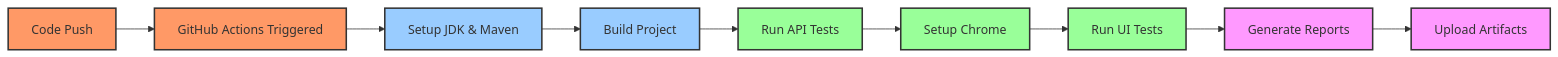
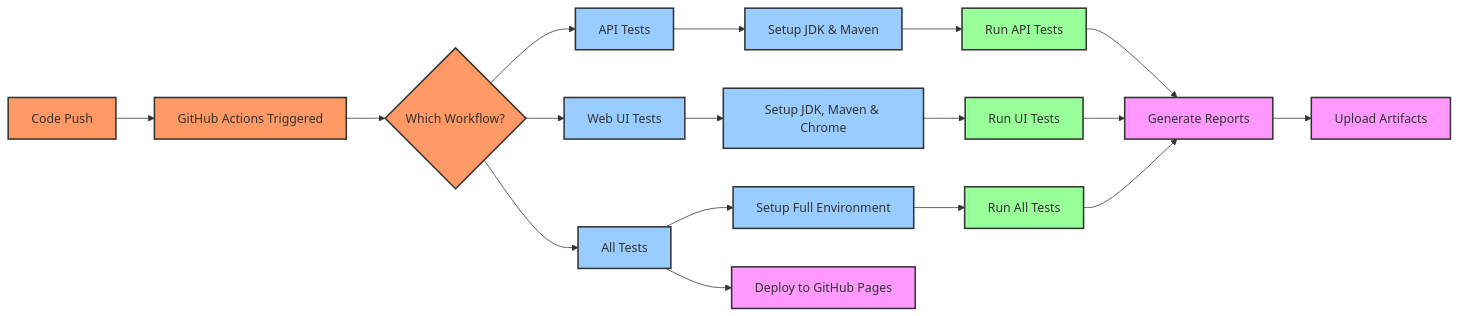
One commit to azka-art/automation-testing-framework changed the third of 3 diagrams in README.md. Above: the diagram before and after it, drawn with Mermaid. The commit also changed other lines of this file, not shown here.

````diff
--- a/README.md
+++ b/README.md
@@ -114,21 +124,34 @@
 ```mermaid
 graph LR
     A[Code Push] --> B[GitHub Actions Triggered]
-    B --> C[Setup JDK & Maven]
-    C --> D[Build Project]
-    D --> E[Run API Tests]
-    E --> F[Setup Chrome]
-    F --> G[Run UI Tests]
-    G --> H[Generate Reports]
-    H --> I[Upload Artifacts]
+    B --> C{Which Workflow?}
+    
+    C --> D[API Tests]
+    C --> E[Web UI Tests]
+    C --> F[All Tests]
+    
+    D --> G[Setup JDK & Maven]
+    E --> H[Setup JDK, Maven & Chrome]
+    F --> I[Setup Full Environment]
+    
+    G --> J[Run API Tests]
+    H --> K[Run UI Tests]
+    I --> L[Run All Tests]
+    
+    J --> M[Generate Reports]
+    K --> M
+    L --> M
+    
+    M --> N[Upload Artifacts]
+    F --> O[Deploy to GitHub Pages]
     
     classDef gitClass fill:#f96,stroke:#333,stroke-width:2px;
     classDef buildClass fill:#9cf,stroke:#333,stroke-width:2px;
     classDef testClass fill:#9f9,stroke:#333,stroke-width:2px;
     classDef reportClass fill:#f9f,stroke:#333,stroke-width:2px;
     
-    class A,B gitClass;
-    class C,D buildClass;
-    class E,F,G testClass;
-    class H,I reportClass;
+    class A,B,C gitClass;
+    class D,E,F,G,H,I buildClass;
+    class J,K,L testClass;
+    class M,N,O reportClass;
 ```
````
